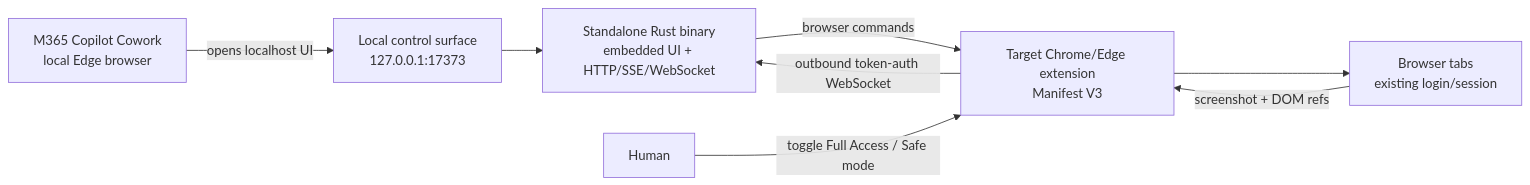
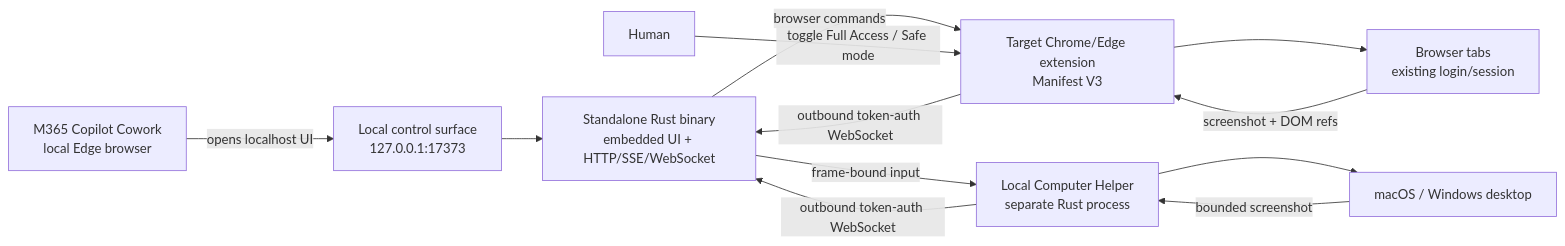
The diagram in README.md (flrngel/local-browser-bridge), drawn with Mermaid before and after one commit. The commit also changed other lines of this file and 23 other files, not shown here.

Commit message:
feat: add native computer helper

````diff
--- a/README.md
+++ b/README.md
@@ -29,10 +31,14 @@
 ```mermaid
 flowchart LR
   A["M365 Copilot Cowork<br/>local Edge browser"] -->|"opens localhost UI"| B["Local control surface<br/>127.0.0.1:17373"]
   B --> C["Standalone Rust binary<br/>embedded UI + HTTP/SSE/WebSocket"]
   D["Target Chrome/Edge extension<br/>Manifest V3"] -->|"outbound token-auth WebSocket"| C
   C -->|"browser commands"| D
   D --> E["Browser tabs<br/>existing login/session"]
   E -->|"screenshot + DOM refs"| D
+  G["Local Computer Helper<br/>separate Rust process"] -->|"outbound token-auth WebSocket"| C
+  C -->|"frame-bound input"| G
+  G --> H["macOS / Windows desktop"]
+  H -->|"bounded screenshot"| G
   F["Human"] -->|"toggle Full Access / Safe mode"| D
 ```
````
